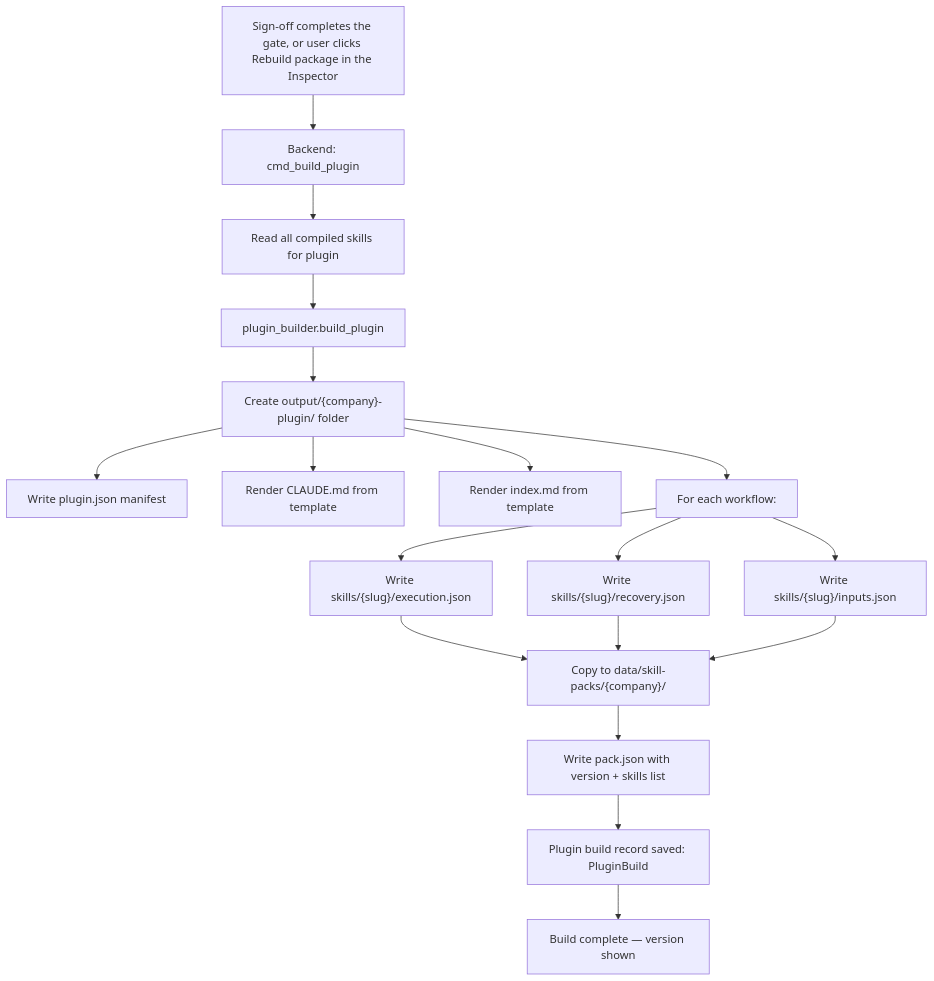
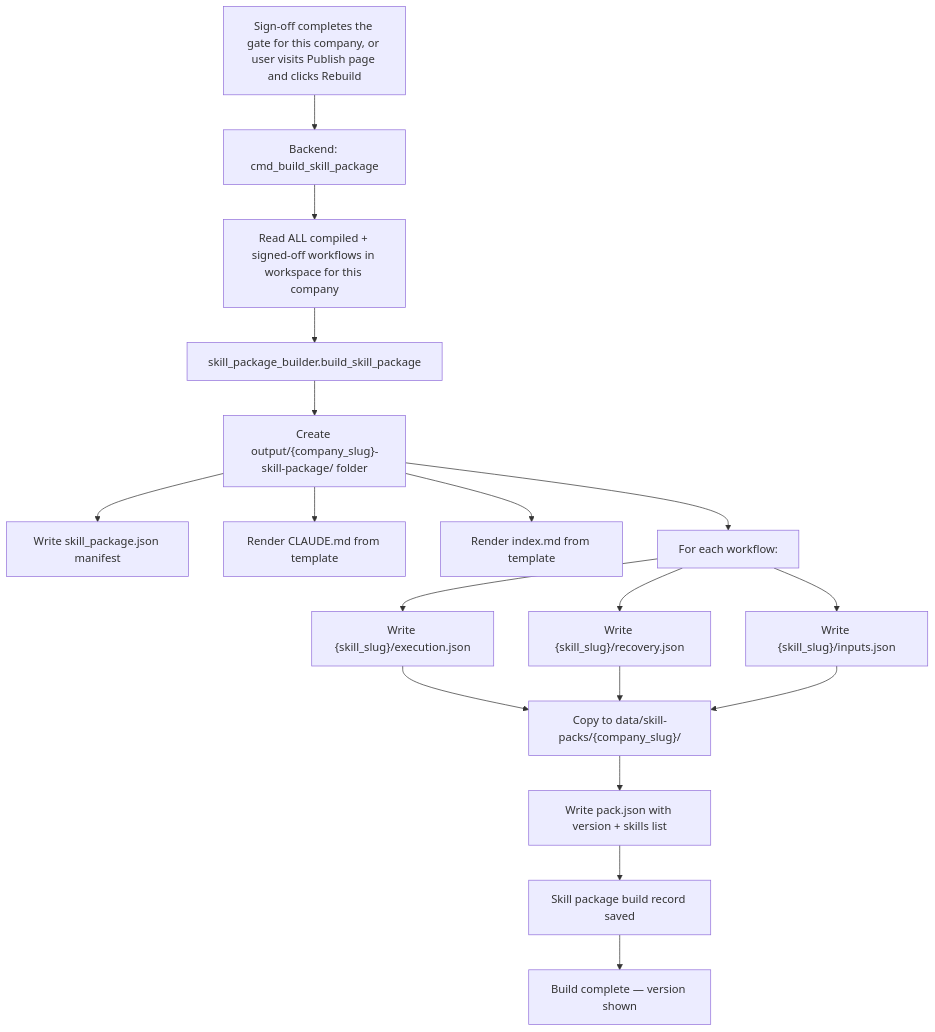
The eighth of 19 diagrams in docs/App-Flow.md (Cannonbold2412/CONXA), drawn with Mermaid before and after one commit. The commit also changed other lines of this file and 8 other files, not shown here.

First line of the commit message:
docs: update TRD/PRD/Backend-Schema/UI-UX-Brief for Workflow/SkillPack and pricing ladder

````diff
--- a/docs/App-Flow.md
+++ b/docs/App-Flow.md
@@ -305,18 +307,18 @@
 ```mermaid
 flowchart TD
-    A[Sign-off completes the gate, or user clicks Rebuild package in the Inspector] --> B[Backend: cmd_build_plugin]
-    B --> C[Read all compiled skills for plugin]
-    C --> D[plugin_builder.build_plugin]
-    D --> E["Create output/{company}-plugin/ folder"]
-    E --> F[Write plugin.json manifest]
+    A[Sign-off completes the gate for this company, or user visits Publish page and clicks Rebuild] --> B[Backend: cmd_build_skill_package]
+    B --> C[Read ALL compiled + signed-off workflows in workspace for this company]
+    C --> D[skill_package_builder.build_skill_package]
+    D --> E["Create output/{company_slug}-skill-package/ folder"]
+    E --> F[Write skill_package.json manifest]
     E --> G[Render CLAUDE.md from template]
     E --> H[Render index.md from template]
     E --> I[For each workflow:]
-    I --> J["Write skills/{slug}/execution.json"]
-    I --> K["Write skills/{slug}/recovery.json"]
-    I --> L["Write skills/{slug}/inputs.json"]
-    J & K & L --> M["Copy to data/skill-packs/{company}/"]
+    I --> J["Write {skill_slug}/execution.json"]
+    I --> K["Write {skill_slug}/recovery.json"]
+    I --> L["Write {skill_slug}/inputs.json"]
+    J & K & L --> M["Copy to data/skill-packs/{company_slug}/"]
     M --> N[Write pack.json with version + skills list]
-    N --> O[Plugin build record saved: PluginBuild]
+    N --> O[Skill package build record saved]
     O --> P[Build complete — version shown]
 ```
````
